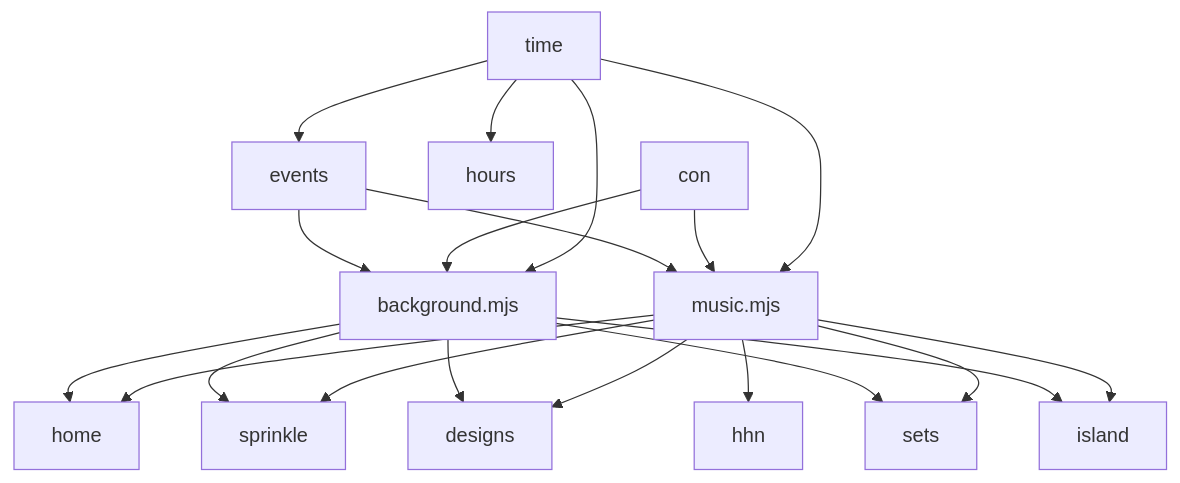
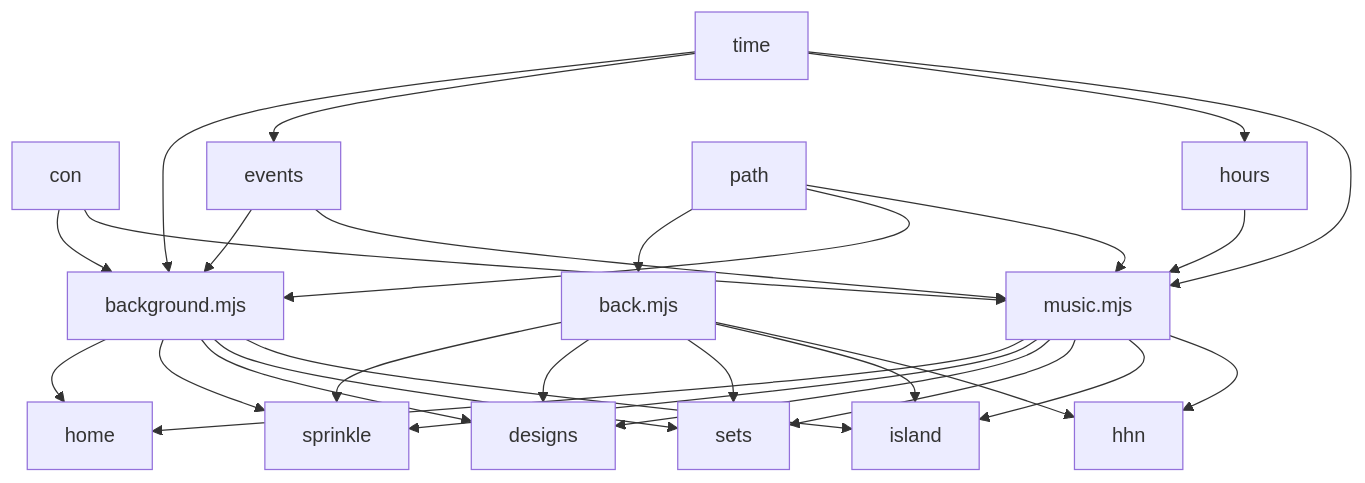
The first of 2 diagrams in README.md (Reper2/acnh), drawn with Mermaid before and after one commit. The commit also changed other lines of this file and 194 other files, not shown here.

Commit message:
Finished island preview page, improved hhn showroom page, simplified format of sprinkle order files, new backgrounds...

````diff
--- a/README.md
+++ b/README.md
@@ -50,26 +55,38 @@
 ```mermaid
 graph TD;
+    back.mjs-->sprinkle;
+    back.mjs-->designs;
+    back.mjs-->sets;
+    back.mjs-->island;
+    back.mjs-->hhn;
+
+    background.mjs-->home;
+    background.mjs-->sprinkle;
+    background.mjs-->designs;
+    background.mjs-->sets;
+    background.mjs-->island;
+
+    con-->background.mjs;
+    con-->music.mjs;
+
+    events-->background.mjs;
+    events-->music.mjs;
+
+    hours-->music.mjs;
+
+    music.mjs-->home;
+    music.mjs-->sprinkle;
+    music.mjs-->designs;
+    music.mjs-->sets;
+    music.mjs-->island;
+    music.mjs-->hhn;
+
+    path-->back.mjs;
+    path-->background.mjs;
+    path-->music.mjs;
+
+    time-->background.mjs;
     time-->events;
     time-->hours;
     time-->music.mjs;
-    time-->background.mjs;
-
-    con-->music.mjs;
-    con-->background.mjs;
-
-    events-->music.mjs;
-    events-->background.mjs;
-
-    music.mjs-->home
-    music.mjs-->sprinkle
-    music.mjs-->designs
-    music.mjs-->sets
-    music.mjs-->island
-    music.mjs-->hhn
-
-    background.mjs-->home
-    background.mjs-->sprinkle
-    background.mjs-->designs
-    background.mjs-->sets
-    background.mjs-->island
 ```
````
